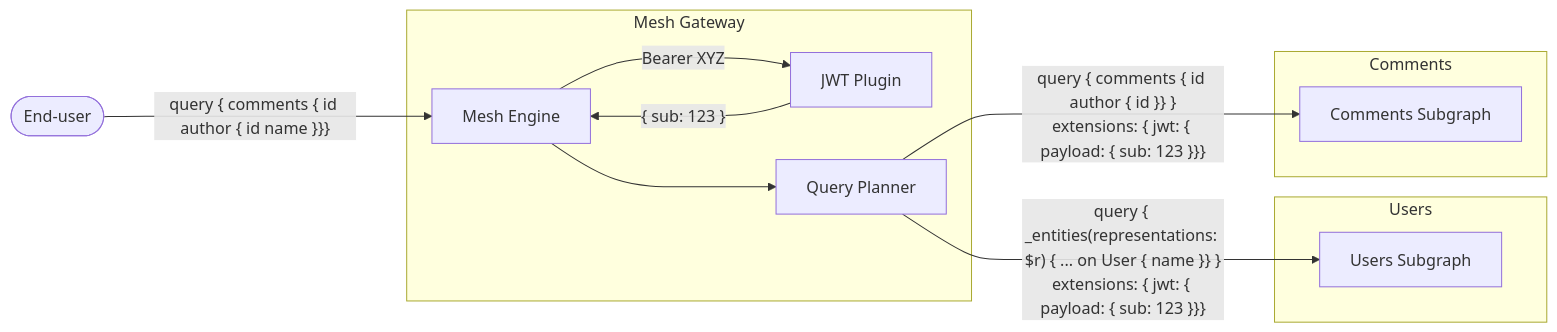
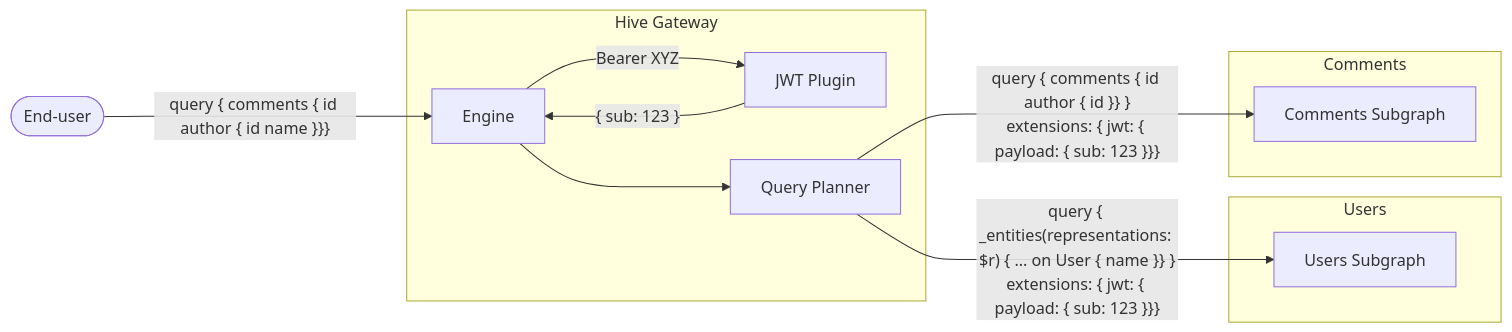
One commit to ardatan/graphql-mesh changed the diagram in website/src/pages/v1/serve/features/auth/jwt.mdx. Above: the diagram before and after it, drawn with Mermaid. The commit also changed other lines of this file and 75 other files, not shown here.

````diff
--- a/website/src/pages/v1/serve/features/auth/jwt.mdx
+++ b/website/src/pages/v1/serve/features/auth/jwt.mdx
@@ -110,24 +110,24 @@
 ```mermaid
 flowchart LR
 	1(["End-user"]) --->|"query { comments { id author { id name }}}"| 2
 
-    subgraph Mesh Gateway
-    2["Mesh Engine"]
+    subgraph Hive Gateway
+    2["Engine"]
     3["JWT Plugin"]
     4["Query Planner"]
     2--->|"Bearer XYZ"|3
     3--->|"{ sub: 123 }"|2
     2--->4
     end
 
     subgraph "Users"
         5["Users Subgraph"]
         4--->|"query { _entities(representations: $r) { ... on User { name }} }\nextensions: { jwt: { payload: { sub: 123 }}}"|5
     end
 
     subgraph "Comments"
         6["Comments Subgraph"]
 
         4--->|"query { comments { id author { id }} }\nextensions: { jwt: { payload: { sub: 123 }}}"|6
     end
 ```
````
